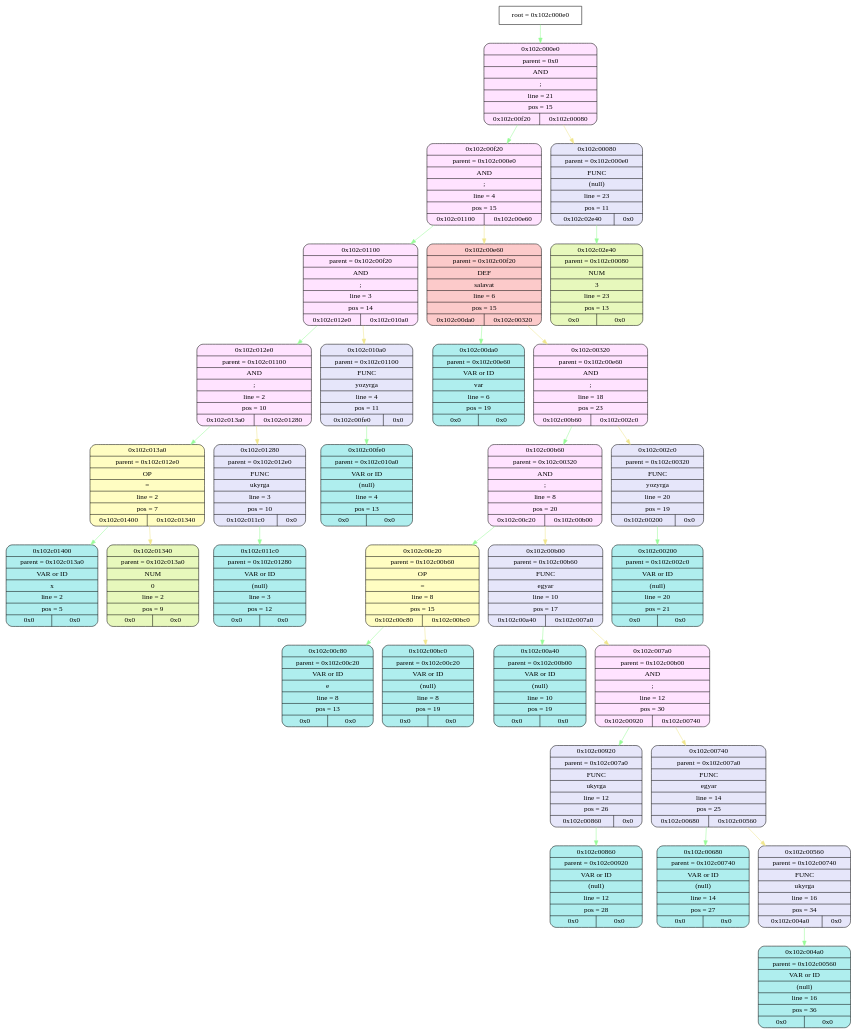
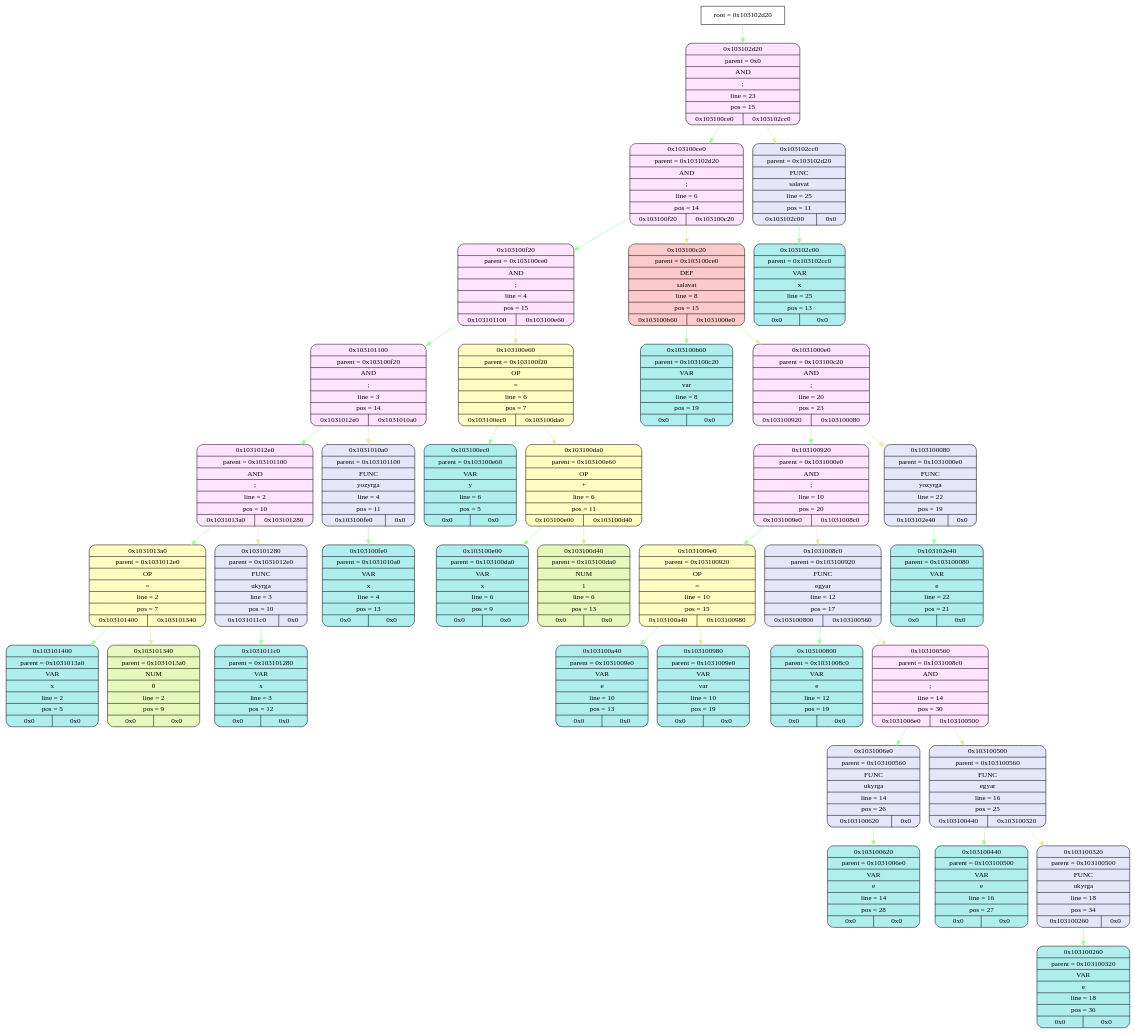
The diagram in frontend/tmp/graphviz.dot (esgalimov/language), drawn with Graphviz before and after one commit. The commit also changed 11 other files, not shown here.

```diff
--- a/frontend/tmp/graphviz.dot
+++ b/frontend/tmp/graphviz.dot
@@ -1,98 +1,116 @@
 digraph
 {
-    node_info[shape = record, label = "{root = 0x102c000e0}"];
+    node_info[shape = record, label = "{root = 0x103102d20}"];
 
-    node_info->node_0x102c000e0 [color = "#98FB98"];
-    node_0x102c000e0[shape = Mrecord, label = "{{0x102c000e0} | {parent =  0x0} | {AND} | {;} | {line = 21} | {pos = 15} | {0x102c00f20 | 0x102c00080}}",
+    node_info->node_0x103102d20 [color = "#98FB98"];
+    node_0x103102d20[shape = Mrecord, label = "{{0x103102d20} | {parent =  0x0} | {AND} | {;} | {line = 23} | {pos = 15} | {0x103100ce0 | 0x103102cc0}}",
                 style="filled", fillcolor="#FFE3FF"];
-    node_0x102c00f20[shape = Mrecord, label = "{{0x102c00f20} | {parent =  0x102c000e0} | {AND} | {;} | {line = 4} | {pos = 15} | {0x102c01100 | 0x102c00e60}}",
+    node_0x103100ce0[shape = Mrecord, label = "{{0x103100ce0} | {parent =  0x103102d20} | {AND} | {;} | {line = 6} | {pos = 14} | {0x103100f20 | 0x103100c20}}",
                 style="filled", fillcolor="#FFE3FF"];
-    node_0x102c01100[shape = Mrecord, label = "{{0x102c01100} | {parent =  0x102c00f20} | {AND} | {;} | {line = 3} | {pos = 14} | {0x102c012e0 | 0x102c010a0}}",
+    node_0x103100f20[shape = Mrecord, label = "{{0x103100f20} | {parent =  0x103100ce0} | {AND} | {;} | {line = 4} | {pos = 15} | {0x103101100 | 0x103100e60}}",
                 style="filled", fillcolor="#FFE3FF"];
-    node_0x102c012e0[shape = Mrecord, label = "{{0x102c012e0} | {parent =  0x102c01100} | {AND} | {;} | {line = 2} | {pos = 10} | {0x102c013a0 | 0x102c01280}}",
+    node_0x103101100[shape = Mrecord, label = "{{0x103101100} | {parent =  0x103100f20} | {AND} | {;} | {line = 3} | {pos = 14} | {0x1031012e0 | 0x1031010a0}}",
                 style="filled", fillcolor="#FFE3FF"];
-    node_0x102c013a0[shape = Mrecord, label = "{{0x102c013a0} | {parent =  0x102c012e0} | {OP} | {=} | {line = 2} | {pos = 7} | {0x102c01400 | 0x102c01340}}",
+    node_0x1031012e0[shape = Mrecord, label = "{{0x1031012e0} | {parent =  0x103101100} | {AND} | {;} | {line = 2} | {pos = 10} | {0x1031013a0 | 0x103101280}}",
+                style="filled", fillcolor="#FFE3FF"];
+    node_0x1031013a0[shape = Mrecord, label = "{{0x1031013a0} | {parent =  0x1031012e0} | {OP} | {=} | {line = 2} | {pos = 7} | {0x103101400 | 0x103101340}}",
                 style="filled", fillcolor="#FFFDC2"];
-    node_0x102c01400[shape = Mrecord, label = "{{0x102c01400} | {parent =  0x102c013a0} | {VAR or ID} | {x} | {line = 2} | {pos = 5} | {0x0 | 0x0}}",
+    node_0x103101400[shape = Mrecord, label = "{{0x103101400} | {parent =  0x1031013a0} | {VAR} | {x} | {line = 2} | {pos = 5} | {0x0 | 0x0}}",
                 style="filled", fillcolor="#AFEEEE"];
-    node_0x102c01340[shape = Mrecord, label = "{{0x102c01340} | {parent =  0x102c013a0} | {NUM} | {0} | {line = 2} | {pos = 9} | {0x0 | 0x0}}",
+    node_0x103101340[shape = Mrecord, label = "{{0x103101340} | {parent =  0x1031013a0} | {NUM} | {0} | {line = 2} | {pos = 9} | {0x0 | 0x0}}",
                 style="filled", fillcolor="#E7F8BC"];
-    node_0x102c01280[shape = Mrecord, label = "{{0x102c01280} | {parent =  0x102c012e0} | {FUNC} | {ukyrga} | {line = 3} | {pos = 10} | {0x102c011c0 | 0x0}}",
+    node_0x103101280[shape = Mrecord, label = "{{0x103101280} | {parent =  0x1031012e0} | {FUNC} | {ukyrga} | {line = 3} | {pos = 10} | {0x1031011c0 | 0x0}}",
                 style="filled", fillcolor="#E6E6FA"];
-    node_0x102c011c0[shape = Mrecord, label = "{{0x102c011c0} | {parent =  0x102c01280} | {VAR or ID} | {(null)} | {line = 3} | {pos = 12} | {0x0 | 0x0}}",
+    node_0x1031011c0[shape = Mrecord, label = "{{0x1031011c0} | {parent =  0x103101280} | {VAR} | {x} | {line = 3} | {pos = 12} | {0x0 | 0x0}}",
                 style="filled", fillcolor="#AFEEEE"];
-    node_0x102c010a0[shape = Mrecord, label = "{{0x102c010a0} | {parent =  0x102c01100} | {FUNC} | {yozyrga} | {line = 4} | {pos = 11} | {0x102c00fe0 | 0x0}}",
+    node_0x1031010a0[shape = Mrecord, label = "{{0x1031010a0} | {parent =  0x103101100} | {FUNC} | {yozyrga} | {line = 4} | {pos = 11} | {0x103100fe0 | 0x0}}",
                 style="filled", fillcolor="#E6E6FA"];
-    node_0x102c00fe0[shape = Mrecord, label = "{{0x102c00fe0} | {parent =  0x102c010a0} | {VAR or ID} | {(null)} | {line = 4} | {pos = 13} | {0x0 | 0x0}}",
+    node_0x103100fe0[shape = Mrecord, label = "{{0x103100fe0} | {parent =  0x1031010a0} | {VAR} | {x} | {line = 4} | {pos = 13} | {0x0 | 0x0}}",
                 style="filled", fillcolor="#AFEEEE"];
-    node_0x102c00e60[shape = Mrecord, label = "{{0x102c00e60} | {parent =  0x102c00f20} | {DEF} | {salavat} | {line = 6} | {pos = 15} | {0x102c00da0 | 0x102c00320}}",
+    node_0x103100e60[shape = Mrecord, label = "{{0x103100e60} | {parent =  0x103100f20} | {OP} | {=} | {line = 6} | {pos = 7} | {0x103100ec0 | 0x103100da0}}",
+                style="filled", fillcolor="#FFFDC2"];
+    node_0x103100ec0[shape = Mrecord, label = "{{0x103100ec0} | {parent =  0x103100e60} | {VAR} | {y} | {line = 6} | {pos = 5} | {0x0 | 0x0}}",
+                style="filled", fillcolor="#AFEEEE"];
+    node_0x103100da0[shape = Mrecord, label = "{{0x103100da0} | {parent =  0x103100e60} | {OP} | {+} | {line = 6} | {pos = 11} | {0x103100e00 | 0x103100d40}}",
+                style="filled", fillcolor="#FFFDC2"];
+    node_0x103100e00[shape = Mrecord, label = "{{0x103100e00} | {parent =  0x103100da0} | {VAR} | {x} | {line = 6} | {pos = 9} | {0x0 | 0x0}}",
+                style="filled", fillcolor="#AFEEEE"];
+    node_0x103100d40[shape = Mrecord, label = "{{0x103100d40} | {parent =  0x103100da0} | {NUM} | {1} | {line = 6} | {pos = 13} | {0x0 | 0x0}}",
+                style="filled", fillcolor="#E7F8BC"];
+    node_0x103100c20[shape = Mrecord, label = "{{0x103100c20} | {parent =  0x103100ce0} | {DEF} | {salavat} | {line = 8} | {pos = 15} | {0x103100b60 | 0x1031000e0}}",
                 style="filled", fillcolor="#FCCACA"];
-    node_0x102c00da0[shape = Mrecord, label = "{{0x102c00da0} | {parent =  0x102c00e60} | {VAR or ID} | {var} | {line = 6} | {pos = 19} | {0x0 | 0x0}}",
+    node_0x103100b60[shape = Mrecord, label = "{{0x103100b60} | {parent =  0x103100c20} | {VAR} | {var} | {line = 8} | {pos = 19} | {0x0 | 0x0}}",
                 style="filled", fillcolor="#AFEEEE"];
-    node_0x102c00320[shape = Mrecord, label = "{{0x102c00320} | {parent =  0x102c00e60} | {AND} | {;} | {line = 18} | {pos = 23} | {0x102c00b60 | 0x102c002c0}}",
+    node_0x1031000e0[shape = Mrecord, label = "{{0x1031000e0} | {parent =  0x103100c20} | {AND} | {;} | {line = 20} | {pos = 23} | {0x103100920 | 0x103100080}}",
                 style="filled", fillcolor="#FFE3FF"];
-    node_0x102c00b60[shape = Mrecord, label = "{{0x102c00b60} | {parent =  0x102c00320} | {AND} | {;} | {line = 8} | {pos = 20} | {0x102c00c20 | 0x102c00b00}}",
+    node_0x103100920[shape = Mrecord, label = "{{0x103100920} | {parent =  0x1031000e0} | {AND} | {;} | {line = 10} | {pos = 20} | {0x1031009e0 | 0x1031008c0}}",
                 style="filled", fillcolor="#FFE3FF"];
-    node_0x102c00c20[shape = Mrecord, label = "{{0x102c00c20} | {parent =  0x102c00b60} | {OP} | {=} | {line = 8} | {pos = 15} | {0x102c00c80 | 0x102c00bc0}}",
+    node_0x1031009e0[shape = Mrecord, label = "{{0x1031009e0} | {parent =  0x103100920} | {OP} | {=} | {line = 10} | {pos = 15} | {0x103100a40 | 0x103100980}}",
                 style="filled", fillcolor="#FFFDC2"];
-    node_0x102c00c80[shape = Mrecord, label = "{{0x102c00c80} | {parent =  0x102c00c20} | {VAR or ID} | {e} | {line = 8} | {pos = 13} | {0x0 | 0x0}}",
+    node_0x103100a40[shape = Mrecord, label = "{{0x103100a40} | {parent =  0x1031009e0} | {VAR} | {e} | {line = 10} | {pos = 13} | {0x0 | 0x0}}",
                 style="filled", fillcolor="#AFEEEE"];
-    node_0x102c00bc0[shape = Mrecord, label = "{{0x102c00bc0} | {parent =  0x102c00c20} | {VAR or ID} | {(null)} | {line = 8} | {pos = 19} | {0x0 | 0x0}}",
+    node_0x103100980[shape = Mrecord, label = "{{0x103100980} | {parent =  0x1031009e0} | {VAR} | {var} | {line = 10} | {pos = 19} | {0x0 | 0x0}}",
                 style="filled", fillcolor="#AFEEEE"];
-    node_0x102c00b00[shape = Mrecord, label = "{{0x102c00b00} | {parent =  0x102c00b60} | {FUNC} | {egyar} | {line = 10} | {pos = 17} | {0x102c00a40 | 0x102c007a0}}",
+    node_0x1031008c0[shape = Mrecord, label = "{{0x1031008c0} | {parent =  0x103100920} | {FUNC} | {egyar} | {line = 12} | {pos = 17} | {0x103100800 | 0x103100560}}",
                 style="filled", fillcolor="#E6E6FA"];
-    node_0x102c00a40[shape = Mrecord, label = "{{0x102c00a40} | {parent =  0x102c00b00} | {VAR or ID} | {(null)} | {line = 10} | {pos = 19} | {0x0 | 0x0}}",
+    node_0x103100800[shape = Mrecord, label = "{{0x103100800} | {parent =  0x1031008c0} | {VAR} | {e} | {line = 12} | {pos = 19} | {0x0 | 0x0}}",
                 style="filled", fillcolor="#AFEEEE"];
-    node_0x102c007a0[shape = Mrecord, label = "{{0x102c007a0} | {parent =  0x102c00b00} | {AND} | {;} | {line = 12} | {pos = 30} | {0x102c00920 | 0x102c00740}}",
+    node_0x103100560[shape = Mrecord, label = "{{0x103100560} | {parent =  0x1031008c0} | {AND} | {;} | {line = 14} | {pos = 30} | {0x1031006e0 | 0x103100500}}",
                 style="filled", fillcolor="#FFE3FF"];
-    node_0x102c00920[shape = Mrecord, label = "{{0x102c00920} | {parent =  0x102c007a0} | {FUNC} | {ukyrga} | {line = 12} | {pos = 26} | {0x102c00860 | 0x0}}",
+    node_0x1031006e0[shape = Mrecord, label = "{{0x1031006e0} | {parent =  0x103100560} | {FUNC} | {ukyrga} | {line = 14} | {pos = 26} | {0x103100620 | 0x0}}",
                 style="filled", fillcolor="#E6E6FA"];
-    node_0x102c00860[shape = Mrecord, label = "{{0x102c00860} | {parent =  0x102c00920} | {VAR or ID} | {(null)} | {line = 12} | {pos = 28} | {0x0 | 0x0}}",
+    node_0x103100620[shape = Mrecord, label = "{{0x103100620} | {parent =  0x1031006e0} | {VAR} | {e} | {line = 14} | {pos = 28} | {0x0 | 0x0}}",
                 style="filled", fillcolor="#AFEEEE"];
-    node_0x102c00740[shape = Mrecord, label = "{{0x102c00740} | {parent =  0x102c007a0} | {FUNC} | {egyar} | {line = 14} | {pos = 25} | {0x102c00680 | 0x102c00560}}",
+    node_0x103100500[shape = Mrecord, label = "{{0x103100500} | {parent =  0x103100560} | {FUNC} | {egyar} | {line = 16} | {pos = 25} | {0x103100440 | 0x103100320}}",
                 style="filled", fillcolor="#E6E6FA"];
-    node_0x102c00680[shape = Mrecord, label = "{{0x102c00680} | {parent =  0x102c00740} | {VAR or ID} | {(null)} | {line = 14} | {pos = 27} | {0x0 | 0x0}}",
+    node_0x103100440[shape = Mrecord, label = "{{0x103100440} | {parent =  0x103100500} | {VAR} | {e} | {line = 16} | {pos = 27} | {0x0 | 0x0}}",
                 style="filled", fillcolor="#AFEEEE"];
-    node_0x102c00560[shape = Mrecord, label = "{{0x102c00560} | {parent =  0x102c00740} | {FUNC} | {ukyrga} | {line = 16} | {pos = 34} | {0x102c004a0 | 0x0}}",
+    node_0x103100320[shape = Mrecord, label = "{{0x103100320} | {parent =  0x103100500} | {FUNC} | {ukyrga} | {line = 18} | {pos = 34} | {0x103100260 | 0x0}}",
                 style="filled", fillcolor="#E6E6FA"];
-    node_0x102c004a0[shape = Mrecord, label = "{{0x102c004a0} | {parent =  0x102c00560} | {VAR or ID} | {(null)} | {line = 16} | {pos = 36} | {0x0 | 0x0}}",
+    node_0x103100260[shape = Mrecord, label = "{{0x103100260} | {parent =  0x103100320} | {VAR} | {e} | {line = 18} | {pos = 36} | {0x0 | 0x0}}",
                 style="filled", fillcolor="#AFEEEE"];
-    node_0x102c002c0[shape = Mrecord, label = "{{0x102c002c0} | {parent =  0x102c00320} | {FUNC} | {yozyrga} | {line = 20} | {pos = 19} | {0x102c00200 | 0x0}}",
+    node_0x103100080[shape = Mrecord, label = "{{0x103100080} | {parent =  0x1031000e0} | {FUNC} | {yozyrga} | {line = 22} | {pos = 19} | {0x103102e40 | 0x0}}",
                 style="filled", fillcolor="#E6E6FA"];
-    node_0x102c00200[shape = Mrecord, label = "{{0x102c00200} | {parent =  0x102c002c0} | {VAR or ID} | {(null)} | {line = 20} | {pos = 21} | {0x0 | 0x0}}",
+    node_0x103102e40[shape = Mrecord, label = "{{0x103102e40} | {parent =  0x103100080} | {VAR} | {e} | {line = 22} | {pos = 21} | {0x0 | 0x0}}",
                 style="filled", fillcolor="#AFEEEE"];
-    node_0x102c00080[shape = Mrecord, label = "{{0x102c00080} | {parent =  0x102c000e0} | {FUNC} | {(null)} | {line = 23} | {pos = 11} | {0x102c02e40 | 0x0}}",
+    node_0x103102cc0[shape = Mrecord, label = "{{0x103102cc0} | {parent =  0x103102d20} | {FUNC} | {salavat} | {line = 25} | {pos = 11} | {0x103102c00 | 0x0}}",
                 style="filled", fillcolor="#E6E6FA"];
-    node_0x102c02e40[shape = Mrecord, label = "{{0x102c02e40} | {parent =  0x102c00080} | {NUM} | {3} | {line = 23} | {pos = 13} | {0x0 | 0x0}}",
-                style="filled", fillcolor="#E7F8BC"];
-    node_0x102c000e0->node_0x102c00f20 [color = "#98FB98"];
-    node_0x102c00f20->node_0x102c01100 [color = "#98FB98"];
-    node_0x102c01100->node_0x102c012e0 [color = "#98FB98"];
-    node_0x102c012e0->node_0x102c013a0 [color = "#98FB98"];
-    node_0x102c013a0->node_0x102c01400 [color = "#98FB98"];
-    node_0x102c013a0->node_0x102c01340 [color = "#F0E68C"];
-    node_0x102c012e0->node_0x102c01280 [color = "#F0E68C"];
-    node_0x102c01280->node_0x102c011c0 [color = "#98FB98"];
-    node_0x102c01100->node_0x102c010a0 [color = "#F0E68C"];
-    node_0x102c010a0->node_0x102c00fe0 [color = "#98FB98"];
-    node_0x102c00f20->node_0x102c00e60 [color = "#F0E68C"];
-    node_0x102c00e60->node_0x102c00da0 [color = "#98FB98"];
-    node_0x102c00e60->node_0x102c00320 [color = "#F0E68C"];
-    node_0x102c00320->node_0x102c00b60 [color = "#98FB98"];
-    node_0x102c00b60->node_0x102c00c20 [color = "#98FB98"];
-    node_0x102c00c20->node_0x102c00c80 [color = "#98FB98"];
-    node_0x102c00c20->node_0x102c00bc0 [color = "#F0E68C"];
-    node_0x102c00b60->node_0x102c00b00 [color = "#F0E68C"];
-    node_0x102c00b00->node_0x102c00a40 [color = "#98FB98"];
-    node_0x102c00b00->node_0x102c007a0 [color = "#F0E68C"];
-    node_0x102c007a0->node_0x102c00920 [color = "#98FB98"];
-    node_0x102c00920->node_0x102c00860 [color = "#98FB98"];
-    node_0x102c007a0->node_0x102c00740 [color = "#F0E68C"];
-    node_0x102c00740->node_0x102c00680 [color = "#98FB98"];
-    node_0x102c00740->node_0x102c00560 [color = "#F0E68C"];
-    node_0x102c00560->node_0x102c004a0 [color = "#98FB98"];
-    node_0x102c00320->node_0x102c002c0 [color = "#F0E68C"];
-    node_0x102c002c0->node_0x102c00200 [color = "#98FB98"];
-    node_0x102c000e0->node_0x102c00080 [color = "#F0E68C"];
-    node_0x102c00080->node_0x102c02e40 [color = "#98FB98"];
+    node_0x103102c00[shape = Mrecord, label = "{{0x103102c00} | {parent =  0x103102cc0} | {VAR} | {x} | {line = 25} | {pos = 13} | {0x0 | 0x0}}",
+                style="filled", fillcolor="#AFEEEE"];
+    node_0x103102d20->node_0x103100ce0 [color = "#98FB98"];
+    node_0x103100ce0->node_0x103100f20 [color = "#98FB98"];
+    node_0x103100f20->node_0x103101100 [color = "#98FB98"];
+    node_0x103101100->node_0x1031012e0 [color = "#98FB98"];
+    node_0x1031012e0->node_0x1031013a0 [color = "#98FB98"];
+    node_0x1031013a0->node_0x103101400 [color = "#98FB98"];
+    node_0x1031013a0->node_0x103101340 [color = "#F0E68C"];
+    node_0x1031012e0->node_0x103101280 [color = "#F0E68C"];
+    node_0x103101280->node_0x1031011c0 [color = "#98FB98"];
+    node_0x103101100->node_0x1031010a0 [color = "#F0E68C"];
+    node_0x1031010a0->node_0x103100fe0 [color = "#98FB98"];
+    node_0x103100f20->node_0x103100e60 [color = "#F0E68C"];
+    node_0x103100e60->node_0x103100ec0 [color = "#98FB98"];
+    node_0x103100e60->node_0x103100da0 [color = "#F0E68C"];
+    node_0x103100da0->node_0x103100e00 [color = "#98FB98"];
+    node_0x103100da0->node_0x103100d40 [color = "#F0E68C"];
+    node_0x103100ce0->node_0x103100c20 [color = "#F0E68C"];
+    node_0x103100c20->node_0x103100b60 [color = "#98FB98"];
+    node_0x103100c20->node_0x1031000e0 [color = "#F0E68C"];
+    node_0x1031000e0->node_0x103100920 [color = "#98FB98"];
+    node_0x103100920->node_0x1031009e0 [color = "#98FB98"];
+    node_0x1031009e0->node_0x103100a40 [color = "#98FB98"];
+    node_0x1031009e0->node_0x103100980 [color = "#F0E68C"];
+    node_0x103100920->node_0x1031008c0 [color = "#F0E68C"];
+    node_0x1031008c0->node_0x103100800 [color = "#98FB98"];
+    node_0x1031008c0->node_0x103100560 [color = "#F0E68C"];
+    node_0x103100560->node_0x1031006e0 [color = "#98FB98"];
+    node_0x1031006e0->node_0x103100620 [color = "#98FB98"];
+    node_0x103100560->node_0x103100500 [color = "#F0E68C"];
+    node_0x103100500->node_0x103100440 [color = "#98FB98"];
+    node_0x103100500->node_0x103100320 [color = "#F0E68C"];
+    node_0x103100320->node_0x103100260 [color = "#98FB98"];
+    node_0x1031000e0->node_0x103100080 [color = "#F0E68C"];
+    node_0x103100080->node_0x103102e40 [color = "#98FB98"];
+    node_0x103102d20->node_0x103102cc0 [color = "#F0E68C"];
+    node_0x103102cc0->node_0x103102c00 [color = "#98FB98"];
 }
```
